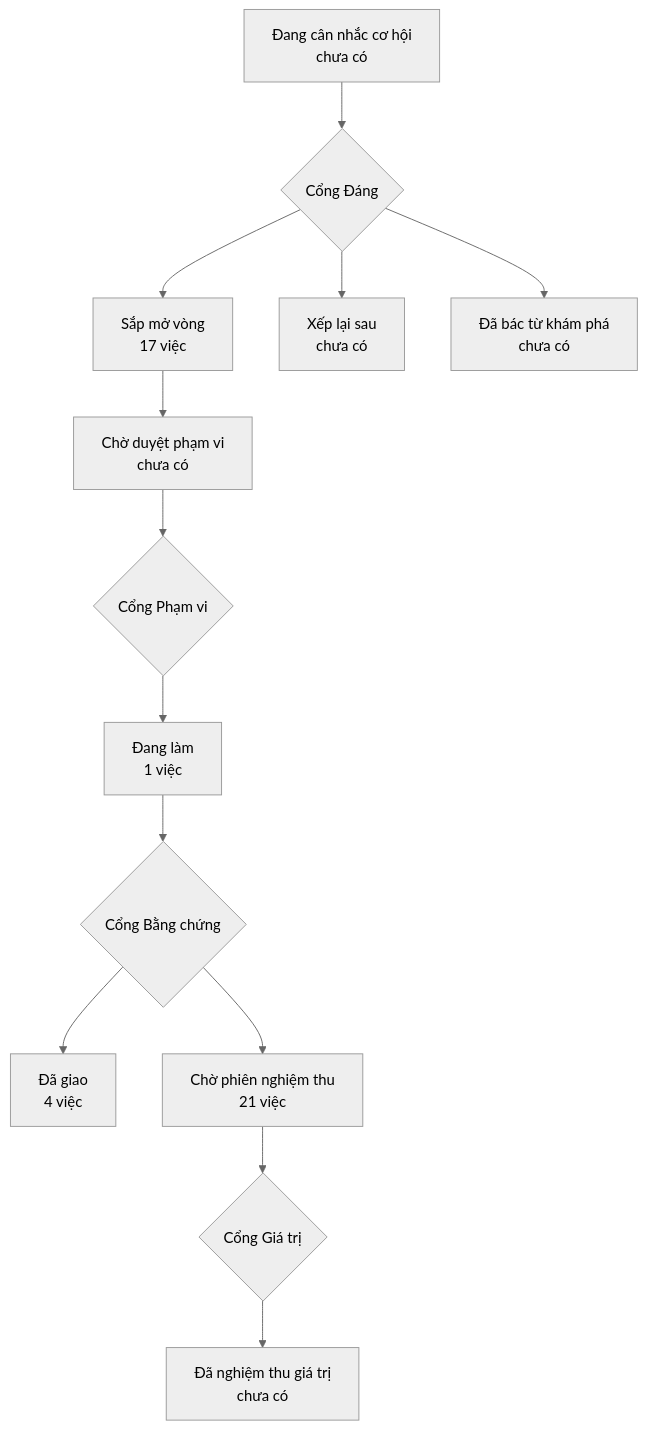
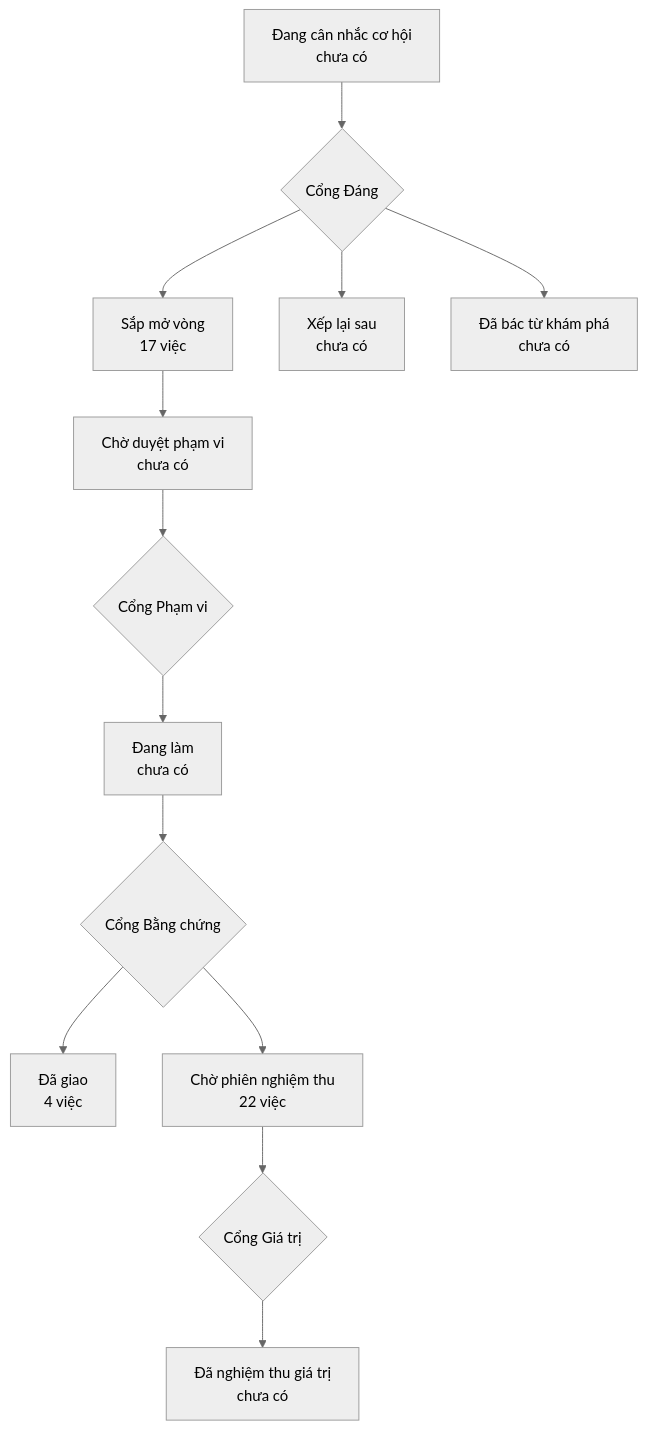
The diagram in PRODUCT-MAP.md (phanlemanh/onehub-quy-hang), drawn with Mermaid (neutral theme) before and after one commit. The commit also changed other lines of this file and 4 other files, not shown here.

````diff
--- a/PRODUCT-MAP.md
+++ b/PRODUCT-MAP.md
@@ -7,12 +7,12 @@
 ```mermaid
 flowchart TD
   A["Đang cân nhắc cơ hội<br/>chưa có"] --> GD{"Cổng Đáng"}
   GD --> B["Sắp mở vòng<br/>17 việc"]
   GD --> XL["Xếp lại sau<br/>chưa có"]
   GD --> DB["Đã bác từ khám phá<br/>chưa có"]
   B --> CD["Chờ duyệt phạm vi<br/>chưa có"] --> GP{"Cổng Phạm vi"}
-  GP --> DL["Đang làm<br/>1 việc"] --> GB{"Cổng Bằng chứng"}
+  GP --> DL["Đang làm<br/>chưa có"] --> GB{"Cổng Bằng chứng"}
   GB --> DG["Đã giao<br/>4 việc"]
-  GB --> CN["Chờ phiên nghiệm thu<br/>21 việc"] --> GG{"Cổng Giá trị"}
+  GB --> CN["Chờ phiên nghiệm thu<br/>22 việc"] --> GG{"Cổng Giá trị"}
   GG --> NT["Đã nghiệm thu giá trị<br/>chưa có"]
 ```
````
